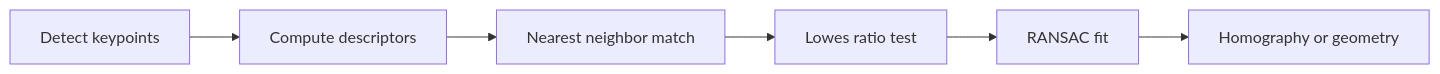
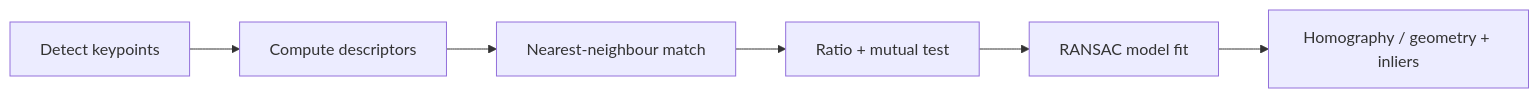
Before and after one commit to CODECRUNCHWORLDWIDE/C56-CRUNCH-VISION: the diagram in curriculum/week-02-classical-cv-edges-features-descriptors/lecture-notes/03-descriptors-and-matching.md, drawn with Mermaid. The commit also changed other lines of this file and 254 other files, not shown here.

Commit message:
docs: add diagrams + sync content from curriculum source

````diff
--- a/curriculum/week-02-classical-cv-edges-features-descriptors/lecture-notes/03-descriptors-and-matching.md
+++ b/curriculum/week-02-classical-cv-edges-features-descriptors/lecture-notes/03-descriptors-and-matching.md
@@ -36,8 +69,8 @@
 ```mermaid
 flowchart LR
   A["Detect keypoints"] --> B["Compute descriptors"]
-  B --> C["Nearest neighbor match"]
-  C --> D["Lowes ratio test"]
-  D --> E["RANSAC fit"]
-  E --> F["Homography or geometry"]
+  B --> C["Nearest-neighbour match"]
+  C --> D["Ratio + mutual test"]
+  D --> E["RANSAC model fit"]
+  E --> F["Homography / geometry + inliers"]
 ```
````
